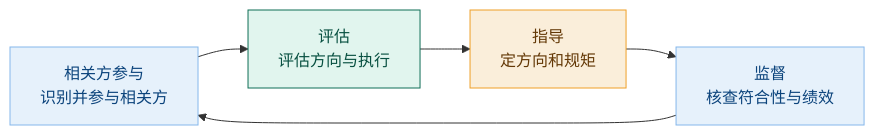
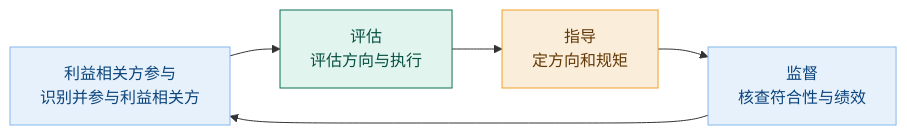
One commit to Yongjunzhou/AOS-system-design changed diagram 13 of 14 in 100-subprojects/01-系统工程研究/00-系统工程相关研究报告/08-治理概念研究报告-从词源到翻译史.md. Above: the diagram before and after it, drawn with Mermaid. The commit also changed other lines of this file and 38 other files, not shown here.

````diff
--- a/100-subprojects/01-系统工程研究/00-系统工程相关研究报告/08-治理概念研究报告-从词源到翻译史.md
+++ b/100-subprojects/01-系统工程研究/00-系统工程相关研究报告/08-治理概念研究报告-从词源到翻译史.md
@@ -557,12 +591,12 @@
 ```mermaid
 flowchart LR
-    S["相关方参与<br/>识别并参与相关方"] --> R["评估<br/>评估方向与执行"]
+    S["利益相关方参与<br/>识别并参与利益相关方"] --> R["评估<br/>评估方向与执行"]
     R --> E["指导<br/>定方向和规矩"]
     E --> M["监督<br/>核查符合性与绩效"]
     M --> S
 
     style S fill:#E6F1FB,stroke:#85B7EB,color:#0C447C
     style R fill:#E1F5EE,stroke:#0F6E56,color:#085041
     style E fill:#FAEEDA,stroke:#EF9F27,color:#633806
     style M fill:#E6F1FB,stroke:#85B7EB,color:#0C447C
 ```
````
